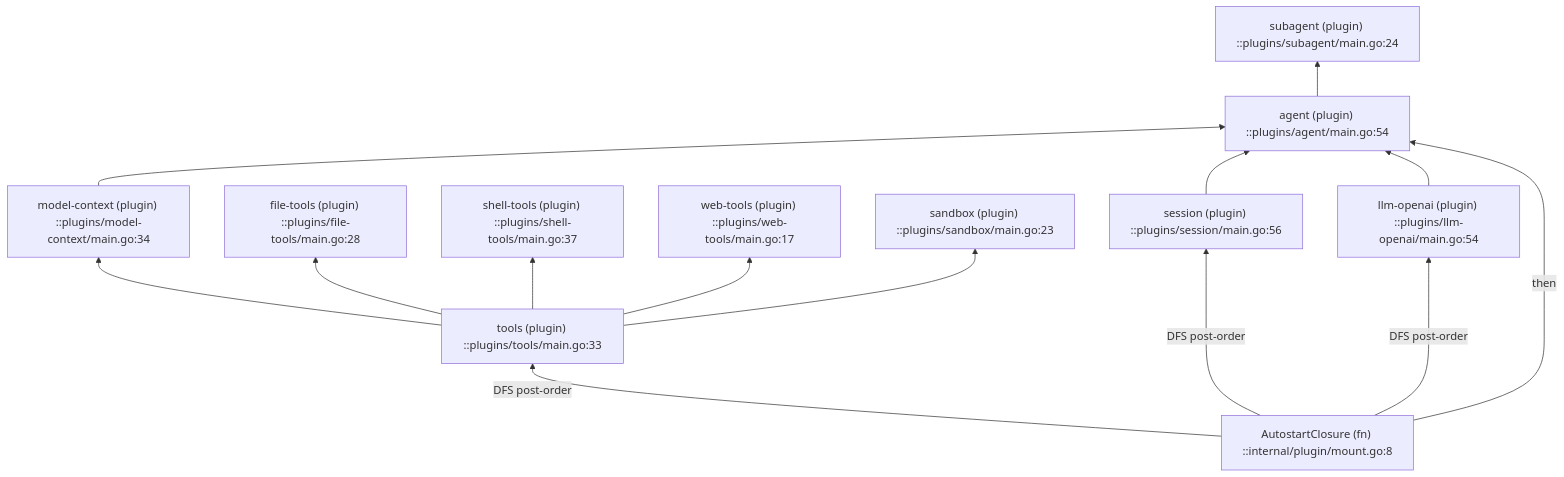
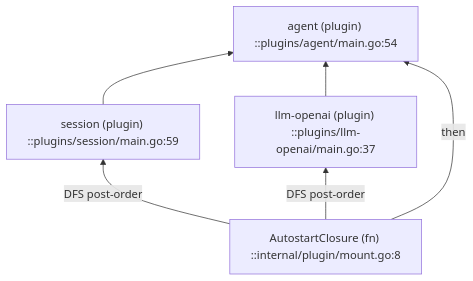
The fourth of 5 diagrams in docs/project-map/DEPENDENCY.md (Alphazer01214/my-go-lite-agent), drawn with Mermaid before and after one commit. The commit also changed other lines of this file and 148 other files, not shown here.

````diff
--- a/docs/project-map/DEPENDENCY.md
+++ b/docs/project-map/DEPENDENCY.md
@@ -77,16 +65,8 @@
 ```mermaid
 flowchart BT
-  Tools["tools (plugin) ::plugins/tools/main.go:33"] --> Context["model-context (plugin) ::plugins/model-context/main.go:34"]
-  Tools --> File["file-tools (plugin) ::plugins/file-tools/main.go:28"]
-  Tools --> Shell["shell-tools (plugin) ::plugins/shell-tools/main.go:37"]
-  Tools --> Web["web-tools (plugin) ::plugins/web-tools/main.go:17"]
-  Tools --> Sandbox["sandbox (plugin) ::plugins/sandbox/main.go:23"]
-  Context --> Agent["agent (plugin) ::plugins/agent/main.go:54"]
-  Session["session (plugin) ::plugins/session/main.go:56"] --> Agent["agent (plugin) ::plugins/agent/main.go:54"]
-  LLM["llm-openai (plugin) ::plugins/llm-openai/main.go:54"] --> Agent
-  Agent --> Subagent["subagent (plugin) ::plugins/subagent/main.go:24"]
+  Session["session (plugin) ::plugins/session/main.go:59"] --> Agent["agent (plugin) ::plugins/agent/main.go:54"]
+  LLM["llm-openai (plugin) ::plugins/llm-openai/main.go:37"] --> Agent
   Scan["AutostartClosure (fn) ::internal/plugin/mount.go:8"] -->|DFS post-order| Session
-  Scan -->|DFS post-order| Tools
   Scan -->|DFS post-order| LLM
   Scan -->|then| Agent
 ```
````
